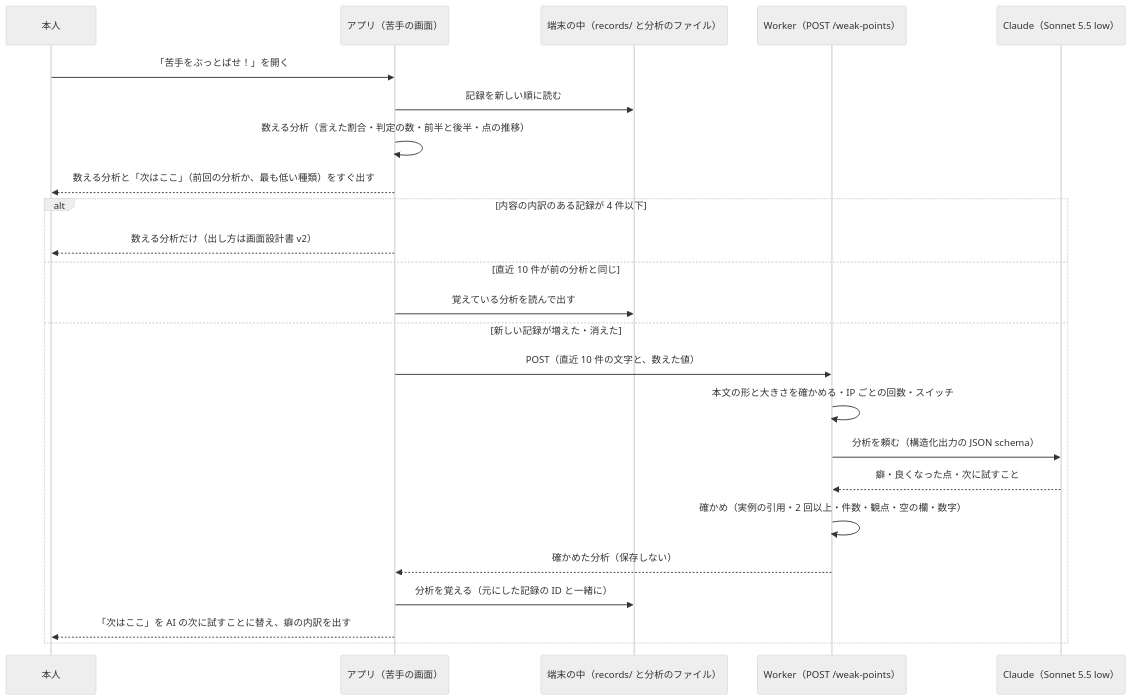
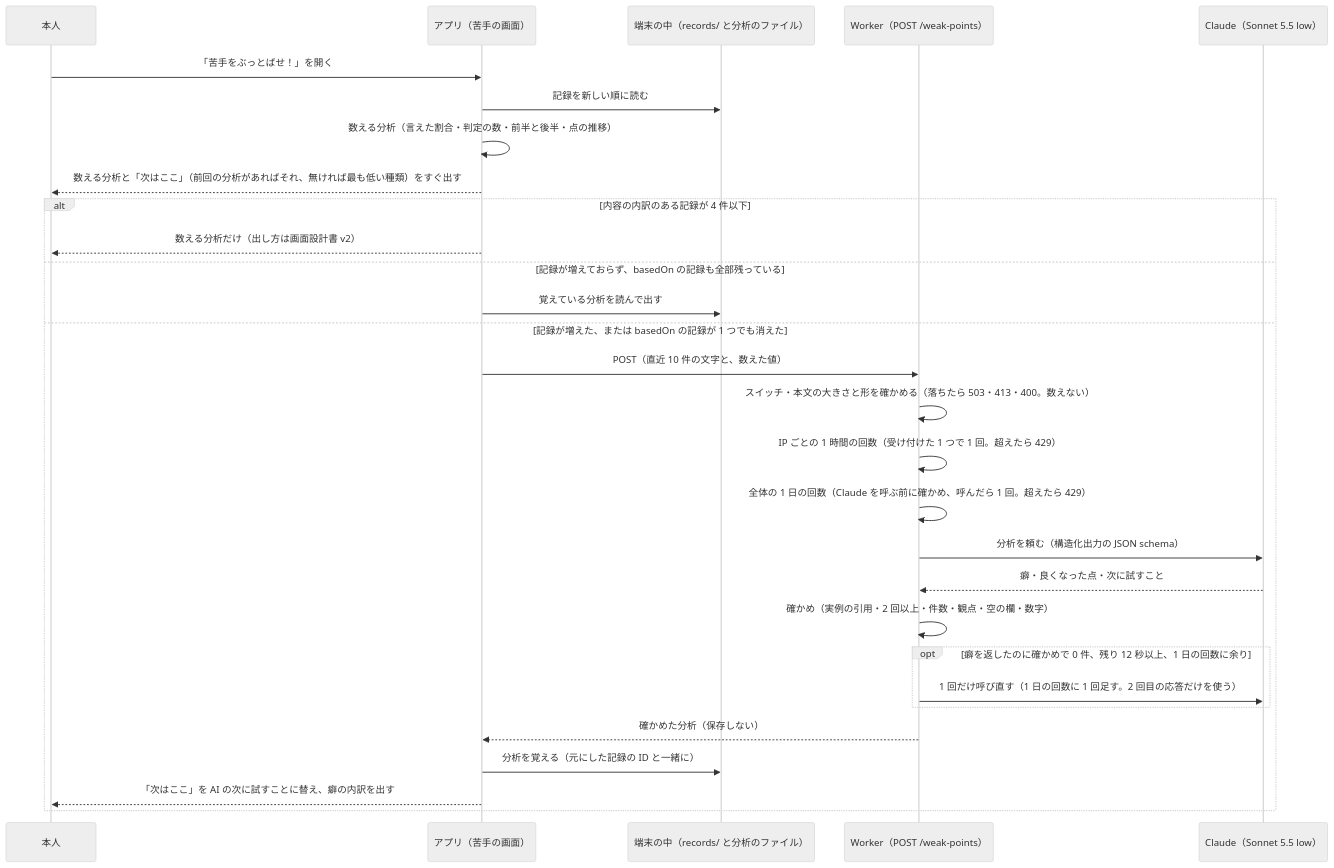
Before and after one commit to jphacks/ng_2622: the diagram in docs/design/weak-point-analysis.md, drawn with Mermaid (neutral theme). The commit also changed other lines of this file and 3 other files, not shown here.

````diff
--- a/docs/design/weak-point-analysis.md
+++ b/docs/design/weak-point-analysis.md
@@ -107,26 +114,31 @@
 ```mermaid
 sequenceDiagram
   participant U as 本人
   participant A as アプリ（苦手の画面）
   participant S as 端末の中（records/ と分析のファイル）
   participant W as Worker（POST /weak-points）
   participant C as Claude（Sonnet 5.5 low）
   U->>A: 「苦手をぶっとばせ！」を開く
   A->>S: 記録を新しい順に読む
   A->>A: 数える分析（言えた割合・判定の数・前半と後半・点の推移）
-  A-->>U: 数える分析と「次はここ」（前回の分析か、最も低い種類）をすぐ出す
+  A-->>U: 数える分析と「次はここ」（前回の分析があればそれ、無ければ最も低い種類）をすぐ出す
   alt 内容の内訳のある記録が 4 件以下
     A-->>U: 数える分析だけ（出し方は画面設計書 v2）
-  else 直近 10 件が前の分析と同じ
+  else 記録が増えておらず、basedOn の記録も全部残っている
     A->>S: 覚えている分析を読んで出す
-  else 新しい記録が増えた・消えた
+  else 記録が増えた、または basedOn の記録が 1 つでも消えた
     A->>W: POST（直近 10 件の文字と、数えた値）
-    W->>W: 本文の形と大きさを確かめる・IP ごとの回数・スイッチ
+    W->>W: スイッチ・本文の大きさと形を確かめる（落ちたら 503・413・400。数えない）
+    W->>W: IP ごとの 1 時間の回数（受け付けた 1 つで 1 回。超えたら 429）
+    W->>W: 全体の 1 日の回数（Claude を呼ぶ前に確かめ、呼んだら 1 回。超えたら 429）
     W->>C: 分析を頼む（構造化出力の JSON schema）
     C-->>W: 癖・良くなった点・次に試すこと
     W->>W: 確かめ（実例の引用・2 回以上・件数・観点・空の欄・数字）
+    opt 癖を返したのに確かめで 0 件、残り 12 秒以上、1 日の回数に余り
+      W->>C: 1 回だけ呼び直す（1 日の回数に 1 回足す。2 回目の応答だけを使う）
+    end
     W-->>A: 確かめた分析（保存しない）
     A->>S: 分析を覚える（元にした記録の ID と一緒に）
     A-->>U: 「次はここ」を AI の次に試すことに替え、癖の内訳を出す
   end
 ```
````
